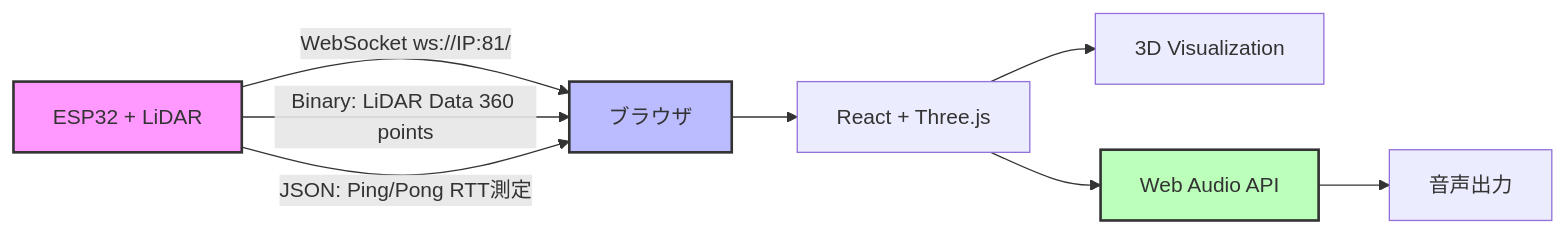
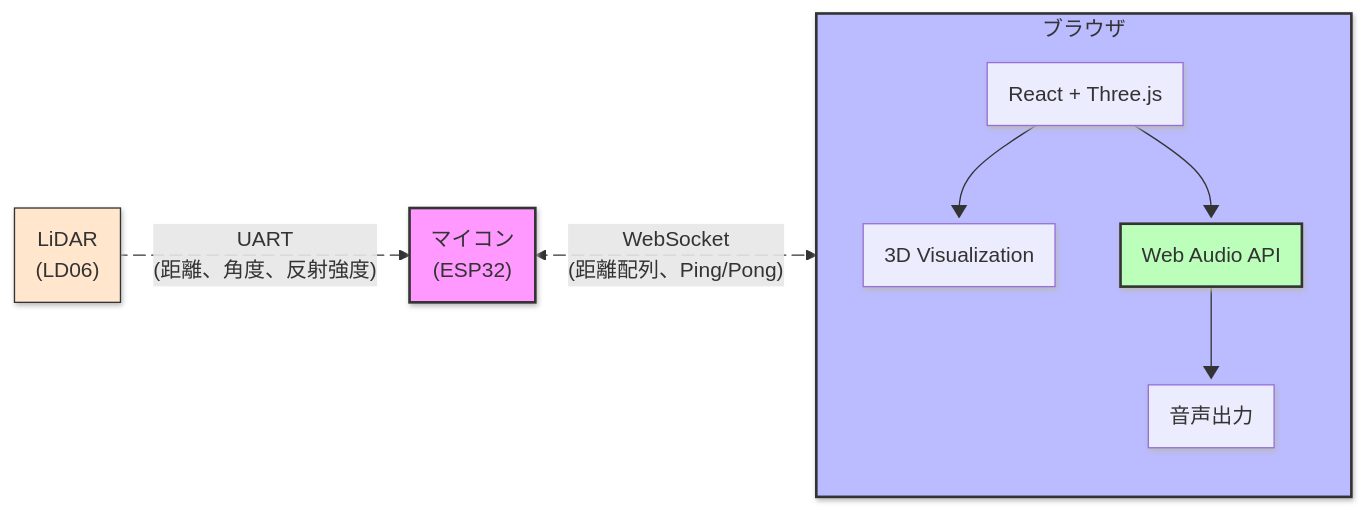
The first of 16 diagrams in README.md (Raptor-zip/AichiProgrammingContest2025-HardwareCategory), drawn with Mermaid before and after one commit. The commit also changed other lines of this file and 5 other files, not shown here.

````diff
--- a/README.md
+++ b/README.md
@@ -19,14 +23,25 @@
 ```mermaid
-graph LR
-    A[ESP32 + LiDAR] -->|WebSocket ws://IP:81/| B[ブラウザ]
-    A -->|Binary: LiDAR Data 360 points| B
-    A -->|JSON: Ping/Pong RTT測定| B
-    B --> C[React + Three.js]
-    C --> D[3D Visualization]
-    C --> E[Web Audio API]
-    E --> F[音声出力]
+---
+config:
+  look: neo
+  layout: dagre
+---
+flowchart LR
+ subgraph ブラウザ["ブラウザ"]
+        C["React + Three.js"]
+        D["3D Visualization"]
+        E["Web Audio API"]
+        F["音声出力"]
+  end
+    L["LiDAR<br>(LD06)"] L_L_ESP_0@-. UART<br>(距離、角度、反射強度) .-> ESP["マイコン<br>(ESP32)"]
+    ESP L_ESP_ブラウザ_0@<-. WebSocket<br>(距離配列、Ping/Pong) .-> ブラウザ
+    C --> D & E
+    E --> F
+    style E fill:#bfb,stroke:#333,stroke-width:2px
+    style L fill:#ffe6cc,stroke:#333,stroke-width:1px
+    style ESP fill:#f9f,stroke:#333,stroke-width:2px,color:none
+    style ブラウザ fill:#bbf,stroke:#333,stroke-width:2px
+    L_L_ESP_0@{ animation: slow } 
+    L_ESP_ブラウザ_0@{ animation: slow }
 
-    style A fill:#f9f,stroke:#333,stroke-width:2px
-    style B fill:#bbf,stroke:#333,stroke-width:2px
-    style E fill:#bfb,stroke:#333,stroke-width:2px
 ```
````
